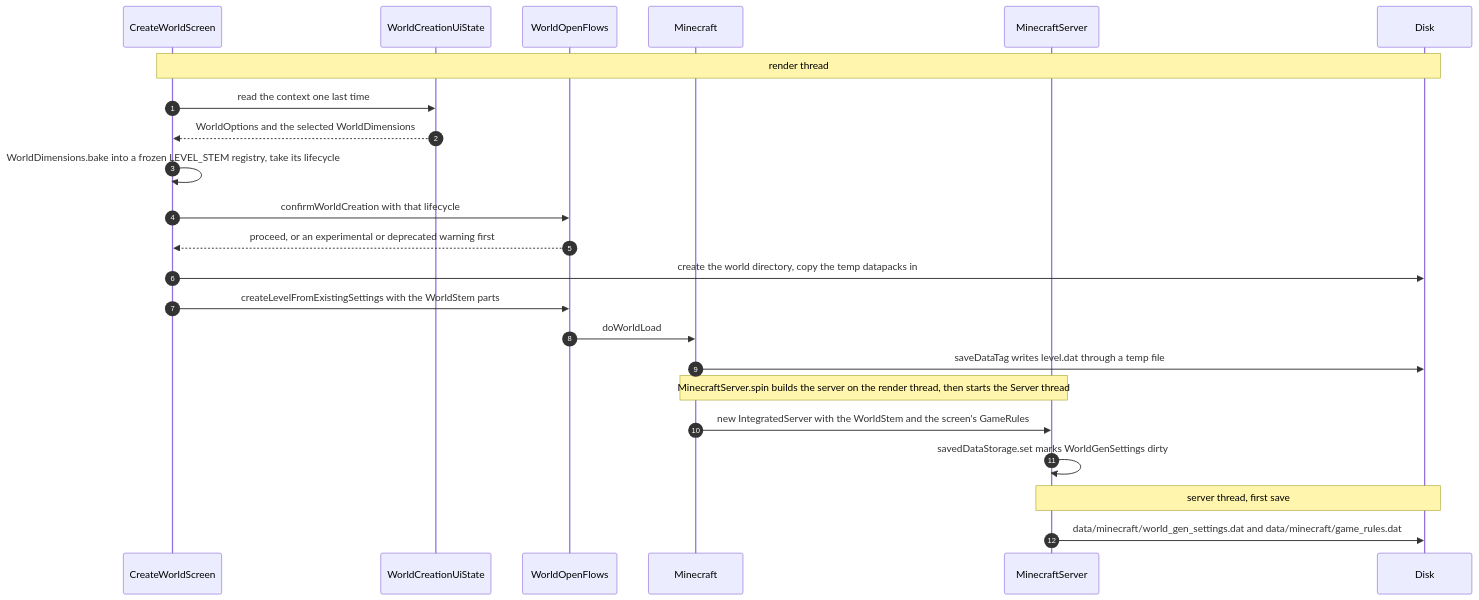
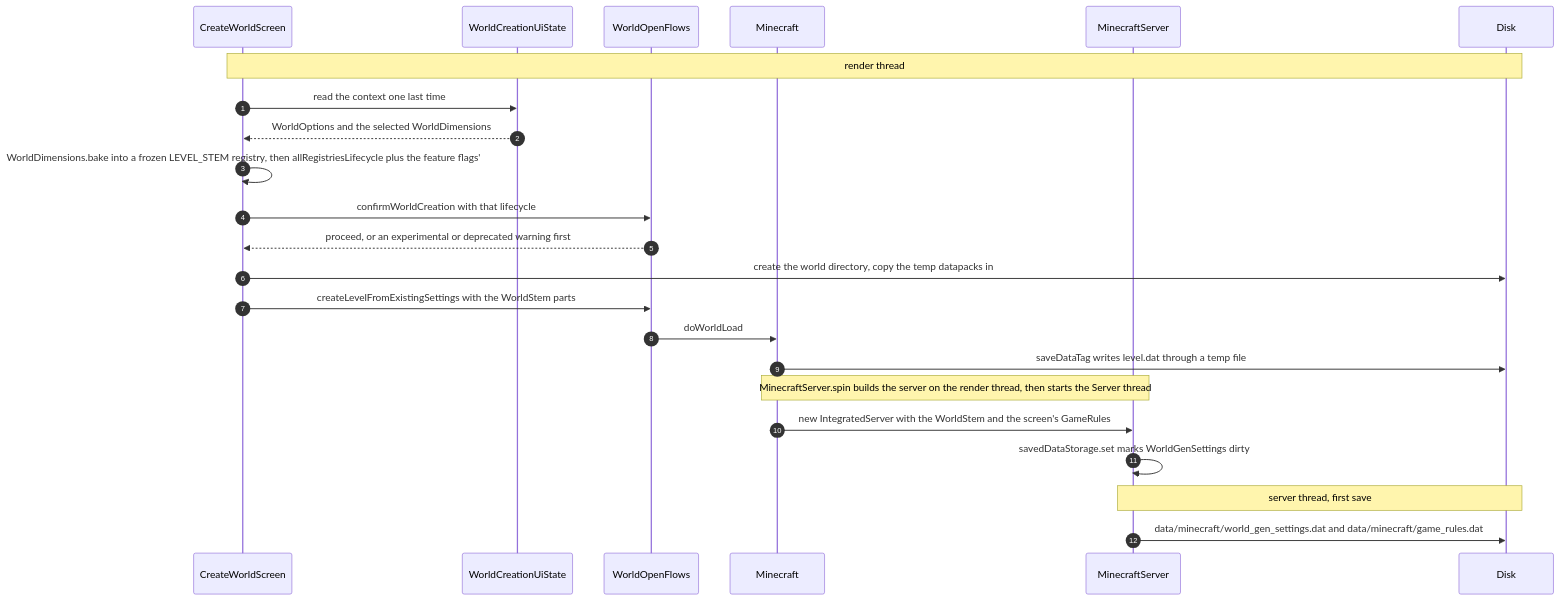
One commit to AlexanderjFraser/MinecraftDocs changed the second of 2 diagrams in src/systems/worldgen/creating-a-world.md. Above: the diagram before and after it, drawn with Mermaid. The commit also changed other lines of this file, not shown here.

````diff
--- a/src/systems/worldgen/creating-a-world.md
+++ b/src/systems/worldgen/creating-a-world.md
@@ -191,25 +198,25 @@
 ```mermaid
 sequenceDiagram
     autonumber
     participant CWS as CreateWorldScreen
     participant WCUS as WorldCreationUiState
     participant WOF as WorldOpenFlows
     participant MC as Minecraft
     participant MS as MinecraftServer
     participant Disk as Disk
     Note over CWS,Disk: render thread
     CWS->>WCUS: read the context one last time
     WCUS-->>CWS: WorldOptions and the selected WorldDimensions
-    CWS->>CWS: WorldDimensions.bake into a frozen LEVEL_STEM registry, take its lifecycle
+    CWS->>CWS: WorldDimensions.bake into a frozen LEVEL_STEM registry, then allRegistriesLifecycle plus the feature flags'
     CWS->>WOF: confirmWorldCreation with that lifecycle
     WOF-->>CWS: proceed, or an experimental or deprecated warning first
     CWS->>Disk: create the world directory, copy the temp datapacks in
     CWS->>WOF: createLevelFromExistingSettings with the WorldStem parts
     WOF->>MC: doWorldLoad
     MC->>Disk: saveDataTag writes level.dat through a temp file
     Note over MC,MS: MinecraftServer.spin builds the server on the render thread, then starts the Server thread
     MC->>MS: new IntegratedServer with the WorldStem and the screen's GameRules
     MS->>MS: savedDataStorage.set marks WorldGenSettings dirty
     Note over MS,Disk: server thread, first save
     MS->>Disk: data/minecraft/world_gen_settings.dat and data/minecraft/game_rules.dat
 ```
````
